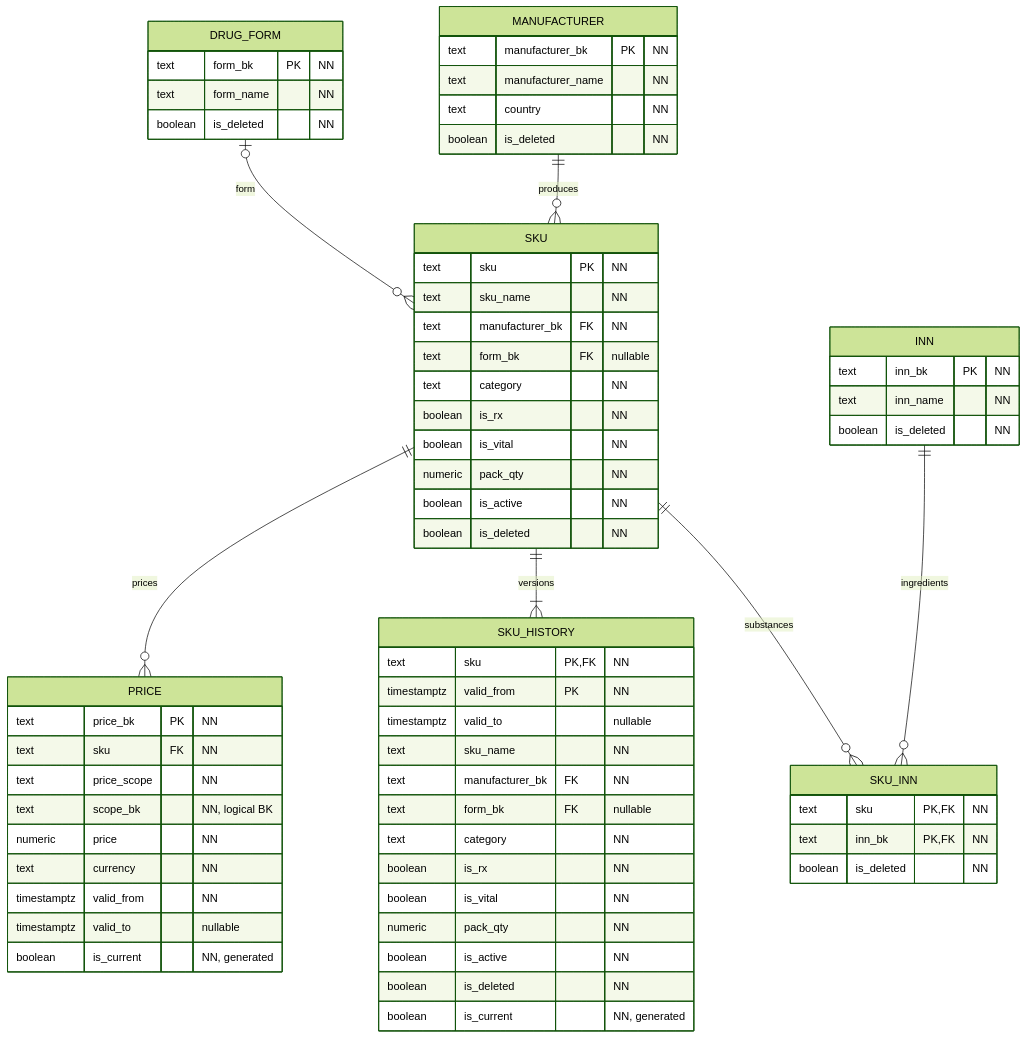
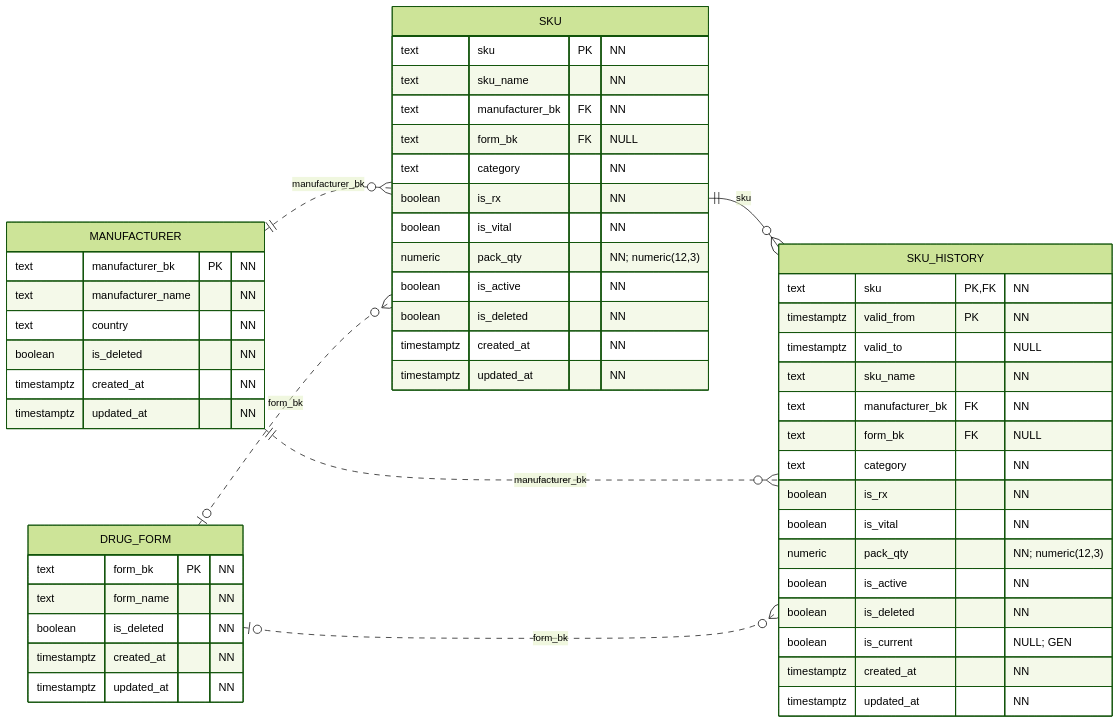
Before and after one commit to alexey077/dwh: the first of 2 diagrams in docs/erd/catalog.md, drawn with Mermaid (forest theme). The commit also changed other lines of this file and 5 other files, not shown here.

Commit message:
Complete physical ER diagrams and correct keys and cardinalities [skip ci]

````diff
--- a/docs/erd/catalog.md
+++ b/docs/erd/catalog.md
@@ -5,68 +15,55 @@
 ```mermaid
 erDiagram
-    MANUFACTURER ||--o{ SKU : produces
-    DRUG_FORM o|--o{ SKU : form
-    SKU ||--o{ SKU_INN : substances
-    INN ||--o{ SKU_INN : ingredients
-    SKU ||--|{ SKU_HISTORY : versions
-    SKU ||--o{ PRICE : prices
+    direction LR
+    MANUFACTURER ||..o{ SKU : "manufacturer_bk"
+    DRUG_FORM |o..o{ SKU : "form_bk"
+    SKU ||--o{ SKU_HISTORY : "sku"
+    MANUFACTURER ||..o{ SKU_HISTORY : "manufacturer_bk"
+    DRUG_FORM |o..o{ SKU_HISTORY : "form_bk"
     MANUFACTURER {
         text manufacturer_bk PK "NN"
         text manufacturer_name "NN"
         text country "NN"
         boolean is_deleted "NN"
+        timestamptz created_at "NN"
+        timestamptz updated_at "NN"
     }
     DRUG_FORM {
         text form_bk PK "NN"
         text form_name "NN"
         boolean is_deleted "NN"
-    }
-    INN {
-        text inn_bk PK "NN"
-        text inn_name "NN"
-        boolean is_deleted "NN"
+        timestamptz created_at "NN"
+        timestamptz updated_at "NN"
     }
     SKU {
         text sku PK "NN"
         text sku_name "NN"
         text manufacturer_bk FK "NN"
-        text form_bk FK "nullable"
+        text form_bk FK "NULL"
         text category "NN"
         boolean is_rx "NN"
         boolean is_vital "NN"
-        numeric pack_qty "NN"
+        numeric pack_qty "NN; numeric(12,3)"
         boolean is_active "NN"
         boolean is_deleted "NN"
-    }
-    SKU_INN {
-        text sku PK,FK "NN"
-        text inn_bk PK,FK "NN"
-        boolean is_deleted "NN"
+        timestamptz created_at "NN"
+        timestamptz updated_at "NN"
     }
     SKU_HISTORY {
         text sku PK,FK "NN"
         timestamptz valid_from PK "NN"
-        timestamptz valid_to "nullable"
+        timestamptz valid_to "NULL"
         text sku_name "NN"
         text manufacturer_bk FK "NN"
-        text form_bk FK "nullable"
+        text form_bk FK "NULL"
         text category "NN"
         boolean is_rx "NN"
         boolean is_vital "NN"
-        numeric pack_qty "NN"
+        numeric pack_qty "NN; numeric(12,3)"
         boolean is_active "NN"
         boolean is_deleted "NN"
-        boolean is_current "NN, generated"
-    }
-    PRICE {
-        text price_bk PK "NN"
-        text sku FK "NN"
-        text price_scope "NN"
-        text scope_bk "NN, logical BK"
-        numeric price "NN"
-        text currency "NN"
-        timestamptz valid_from "NN"
-        timestamptz valid_to "nullable"
-        boolean is_current "NN, generated"
+        boolean is_current "NULL; GEN"
+        timestamptz created_at "NN"
+        timestamptz updated_at "NN"
     }
 ```
````
